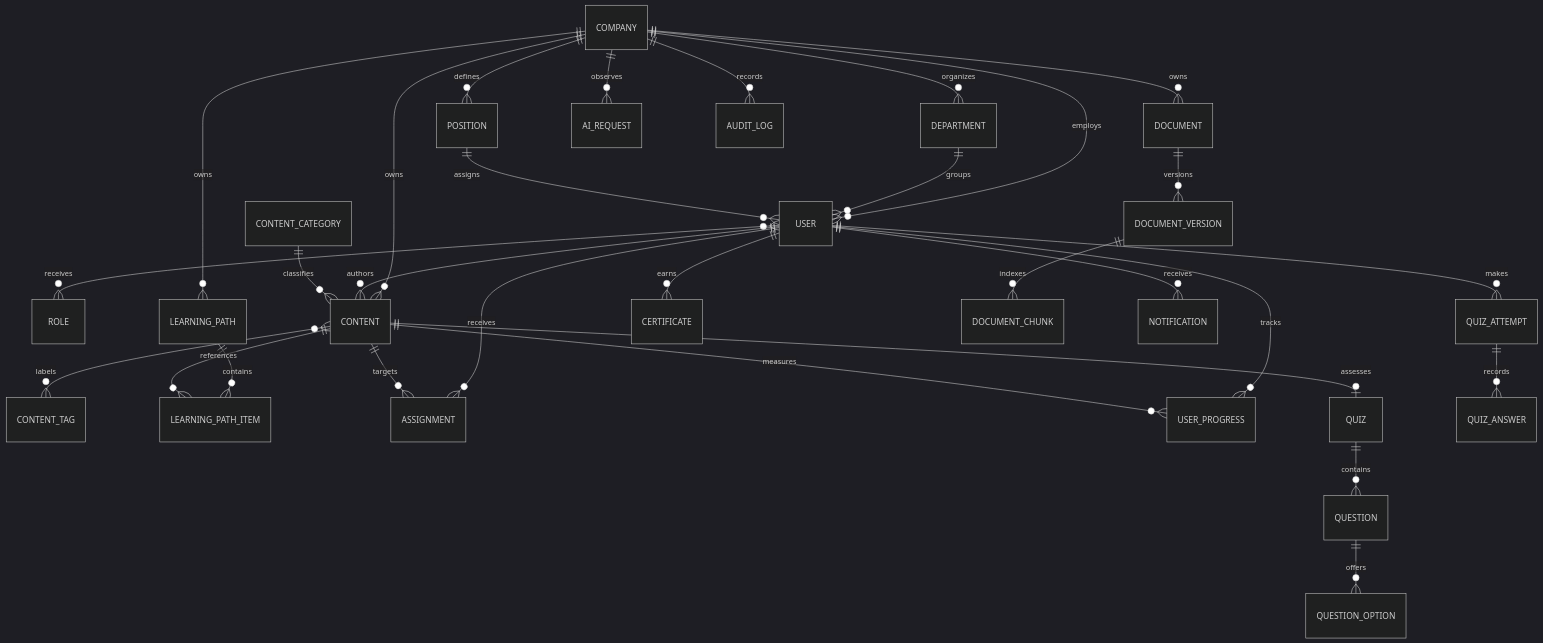
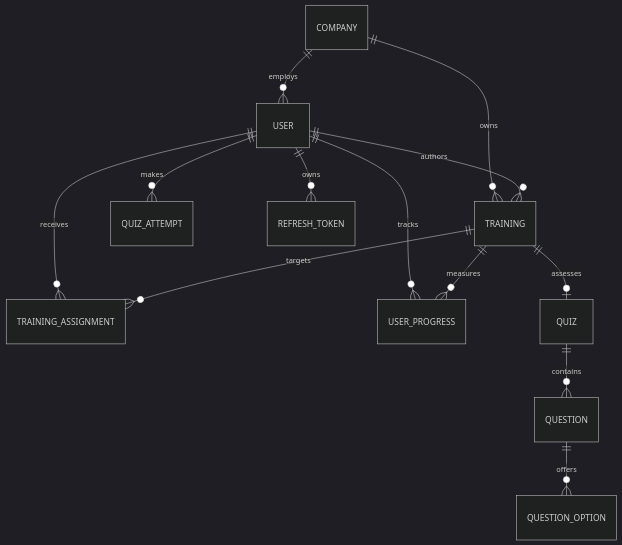
The diagram in docs/database.md (Leandrosp9/webapp-workflix), drawn with Mermaid (dark theme) before and after one commit. The commit also changed other lines of this file and 5 other files, not shown here.

````diff
--- a/docs/database.md
+++ b/docs/database.md
@@ -9,38 +9,16 @@
 ```mermaid
 erDiagram
     COMPANY ||--o{ USER : employs
-    COMPANY ||--o{ DEPARTMENT : organizes
-    COMPANY ||--o{ POSITION : defines
-    DEPARTMENT ||--o{ USER : groups
-    POSITION ||--o{ USER : assigns
-    USER }o--o{ ROLE : receives
+    COMPANY ||--o{ TRAINING : owns
+    USER ||--o{ TRAINING : authors
+    USER ||--o{ TRAINING_ASSIGNMENT : receives
+    TRAINING ||--o{ TRAINING_ASSIGNMENT : targets
+    USER ||--o{ USER_PROGRESS : tracks
+    TRAINING ||--o{ USER_PROGRESS : measures
 
-    COMPANY ||--o{ CONTENT : owns
-    USER ||--o{ CONTENT : authors
-    CONTENT_CATEGORY ||--o{ CONTENT : classifies
-    CONTENT }o--o{ CONTENT_TAG : labels
-
-    COMPANY ||--o{ LEARNING_PATH : owns
-    LEARNING_PATH ||--o{ LEARNING_PATH_ITEM : contains
-    CONTENT ||--o{ LEARNING_PATH_ITEM : references
-
-    USER ||--o{ ASSIGNMENT : receives
-    CONTENT ||--o{ ASSIGNMENT : targets
-    USER ||--o{ USER_PROGRESS : tracks
-    CONTENT ||--o{ USER_PROGRESS : measures
-
-    CONTENT ||--o| QUIZ : assesses
+    TRAINING ||--o| QUIZ : assesses
     QUIZ ||--o{ QUESTION : contains
     QUESTION ||--o{ QUESTION_OPTION : offers
     USER ||--o{ QUIZ_ATTEMPT : makes
-    QUIZ_ATTEMPT ||--o{ QUIZ_ANSWER : records
-
-    USER ||--o{ CERTIFICATE : earns
-    COMPANY ||--o{ DOCUMENT : owns
-    DOCUMENT ||--o{ DOCUMENT_VERSION : versions
-    DOCUMENT_VERSION ||--o{ DOCUMENT_CHUNK : indexes
-
-    COMPANY ||--o{ AI_REQUEST : observes
-    USER ||--o{ NOTIFICATION : receives
-    COMPANY ||--o{ AUDIT_LOG : records
+    USER ||--o{ REFRESH_TOKEN : owns
 ```
````
